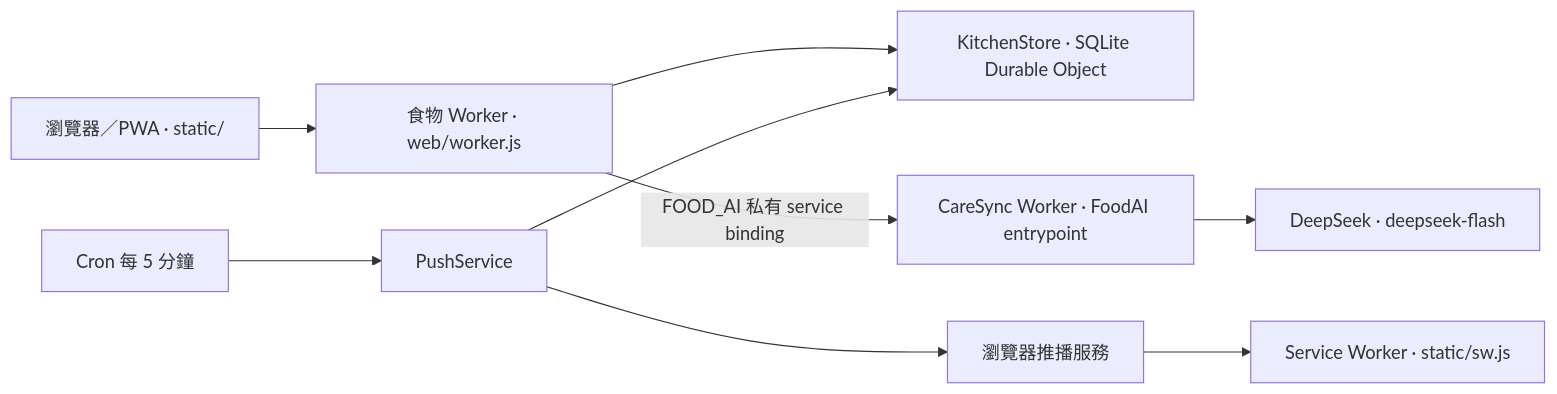
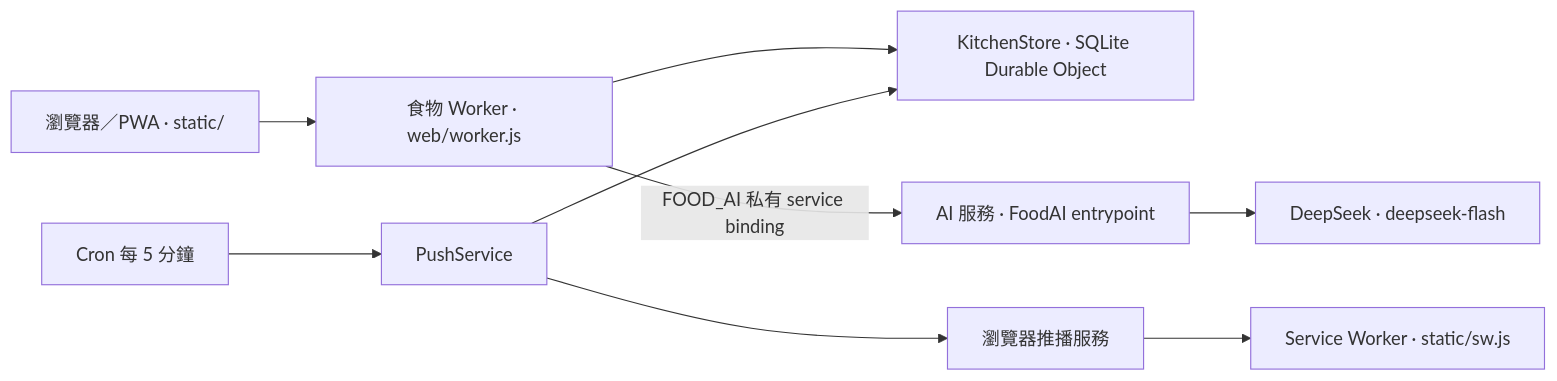
The diagram in README.md (jzalx789/last-minute-bites), drawn with Mermaid before and after one commit. The commit also changed other lines of this file and 4 other files, not shown here.

````diff
--- a/README.md
+++ b/README.md
@@ -23,11 +23,11 @@
 ```mermaid
 flowchart LR
     UI["瀏覽器／PWA · static/"] --> API["食物 Worker · web/worker.js"]
     API --> Store["KitchenStore · SQLite Durable Object"]
-    API -->|FOOD_AI 私有 service binding| RPC["CareSync Worker · FoodAI entrypoint"]
+    API -->|FOOD_AI 私有 service binding| RPC["AI 服務 · FoodAI entrypoint"]
     RPC --> DeepSeek["DeepSeek · deepseek-flash"]
     Cron["Cron 每 5 分鐘"] --> Push["PushService"]
     Push --> Store
     Push --> Provider["瀏覽器推播服務"]
     Provider --> SW["Service Worker · static/sw.js"]
 ```
````
